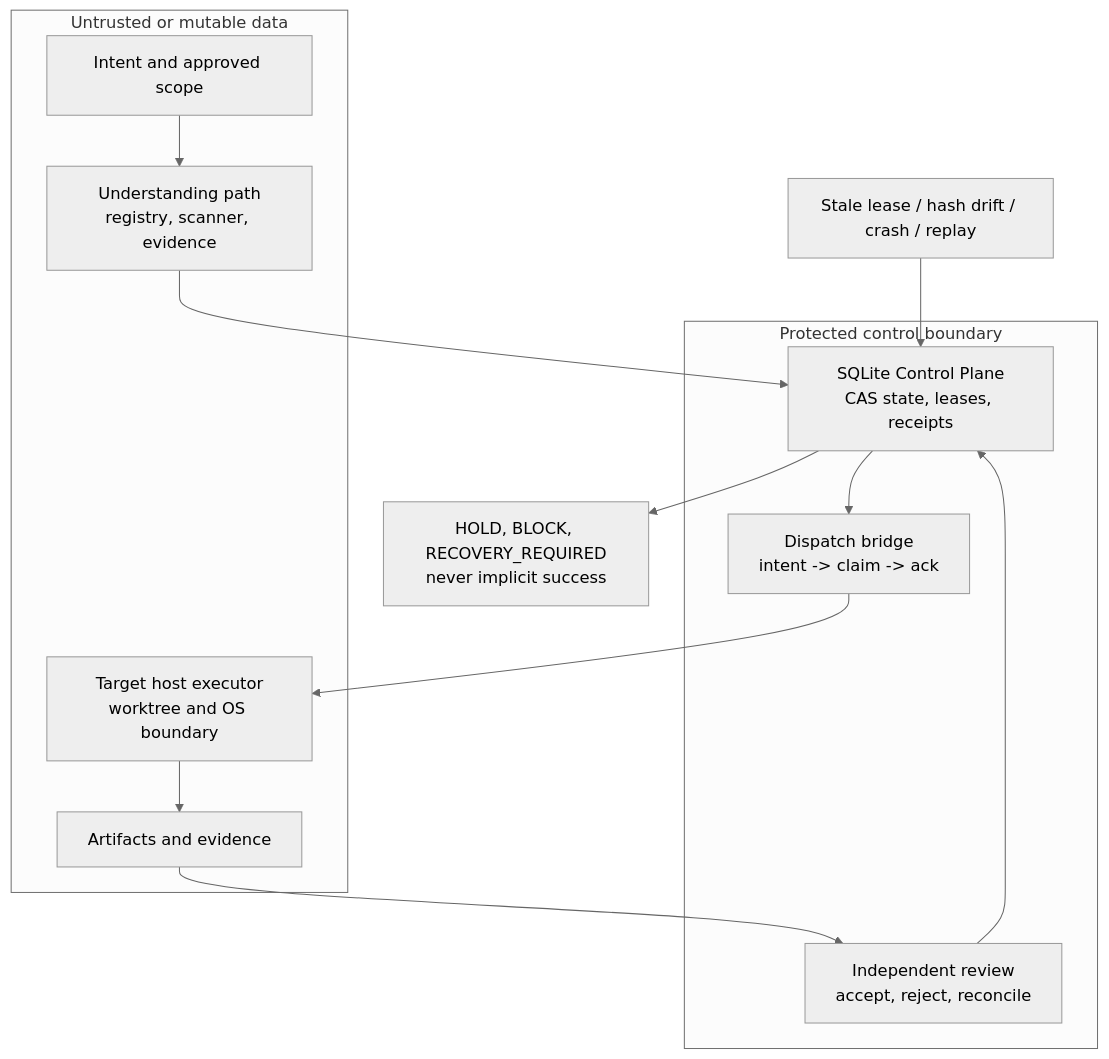
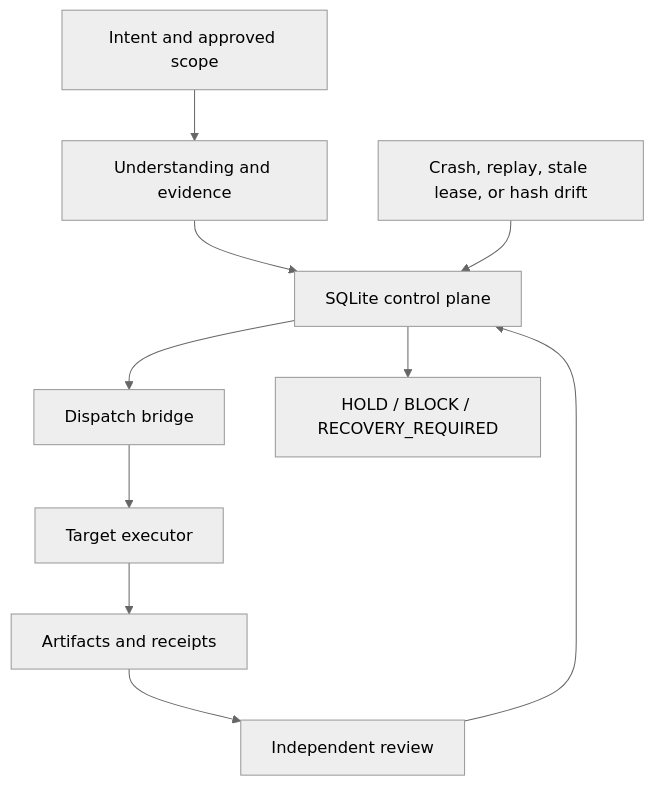
Before and after one commit to Chappie-2Pac/optimismus-prime: the diagram in README.md, drawn with Mermaid (neutral theme). The commit also changed other lines of this file, not shown here.

````diff
--- a/README.md
+++ b/README.md
@@ -26,26 +27,12 @@
 ```mermaid
 flowchart TB
-    I[Intent and approved scope] --> U[Understanding path\nregistry, scanner, evidence]
-    U --> C[SQLite Control Plane\nCAS state, leases, receipts]
-    C --> D[Dispatch bridge\nintent -> claim -> ack]
-    D --> E[Target host executor\nworktree and OS boundary]
-    E --> A[Artifacts and evidence]
-    A --> R[Independent review\naccept, reject, reconcile]
+    I[Intent and approved scope] --> U[Understanding and evidence]
+    U --> C[SQLite control plane]
+    C --> D[Dispatch bridge]
+    D --> E[Target executor]
+    E --> A[Artifacts and receipts]
+    A --> R[Independent review]
     R --> C
-
-    subgraph Control[Protected control boundary]
-        C
-        D
-        R
-    end
-
-    subgraph Data[Untrusted or mutable data]
-        I
-        U
-        E
-        A
-    end
-
-    F[Stale lease / hash drift / crash / replay] --> C
-    C --> X[HOLD, BLOCK, RECOVERY_REQUIRED\nnever implicit success]
+    F[Crash, replay, stale lease, or hash drift] --> C
+    C --> X[HOLD / BLOCK / RECOVERY_REQUIRED]
 ```
````
